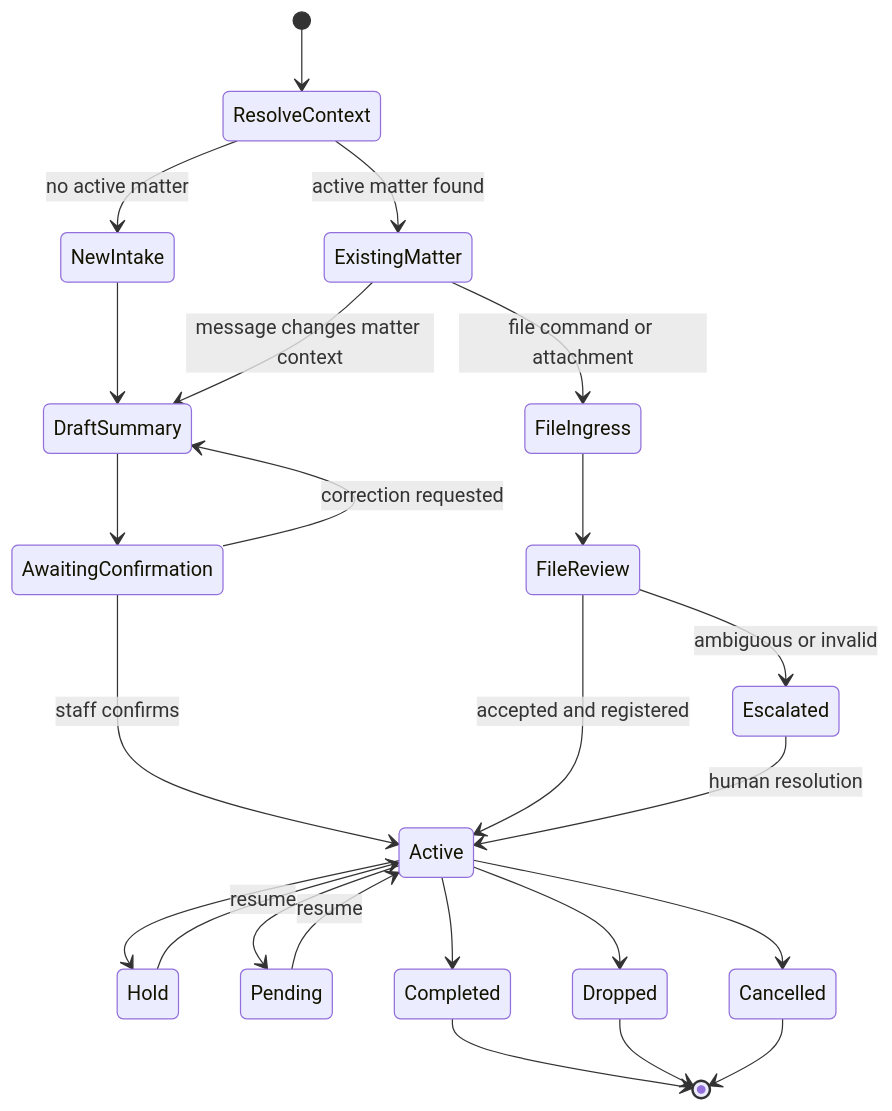
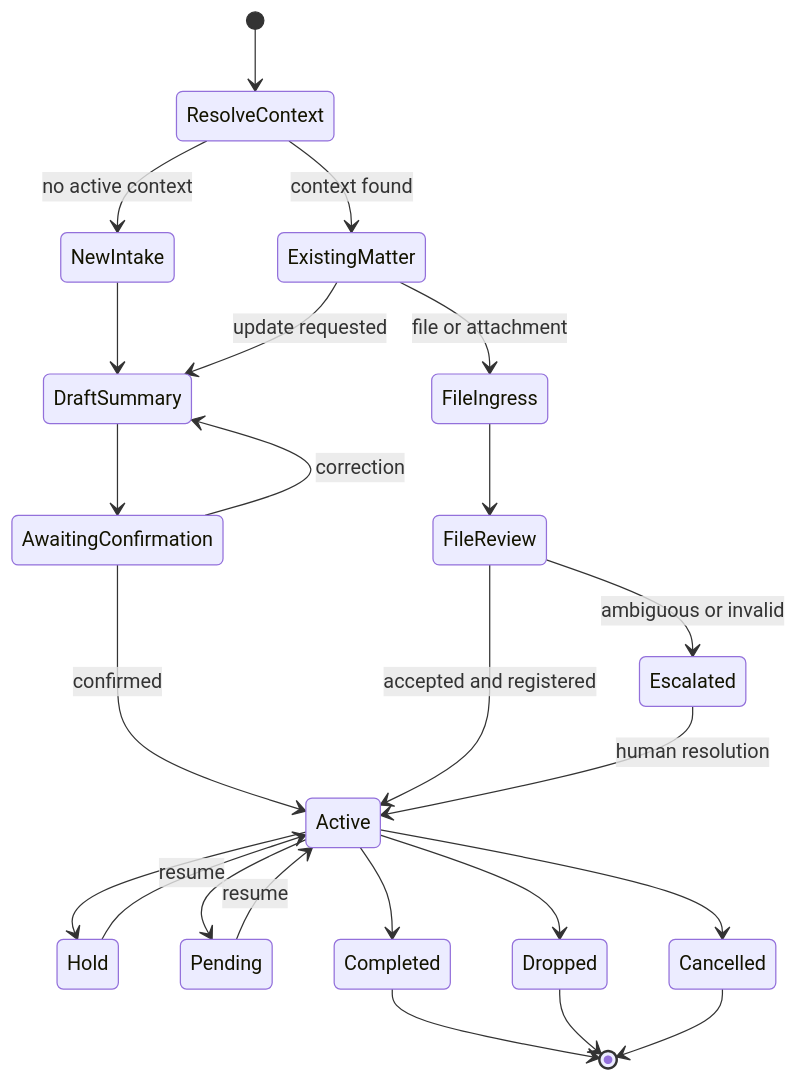
One commit to joyboy257/joyboy257 changed the diagram in showcases/amelia-bot/README.md. Above: the diagram before and after it, drawn with Mermaid. The commit also changed other lines of this file, not shown here.

````diff
--- a/showcases/amelia-bot/README.md
+++ b/showcases/amelia-bot/README.md
@@ -32,31 +88,31 @@
 ```mermaid
 stateDiagram-v2
     [*] --> ResolveContext
-    ResolveContext --> NewIntake: no active matter
-    ResolveContext --> ExistingMatter: active matter found
+    ResolveContext --> NewIntake: no active context
+    ResolveContext --> ExistingMatter: context found
 
     NewIntake --> DraftSummary
-    ExistingMatter --> DraftSummary: message changes matter context
-    ExistingMatter --> FileIngress: file command or attachment
+    ExistingMatter --> DraftSummary: update requested
+    ExistingMatter --> FileIngress: file or attachment
 
     DraftSummary --> AwaitingConfirmation
-    AwaitingConfirmation --> DraftSummary: correction requested
-    AwaitingConfirmation --> Active: staff confirms
+    AwaitingConfirmation --> DraftSummary: correction
+    AwaitingConfirmation --> Active: confirmed
 
     FileIngress --> FileReview
     FileReview --> Active: accepted and registered
     FileReview --> Escalated: ambiguous or invalid
 
     Active --> Hold
     Active --> Pending
     Hold --> Active: resume
     Pending --> Active: resume
     Active --> Dropped
     Active --> Cancelled
-
     Active --> Completed
     Escalated --> Active: human resolution
+
     Completed --> [*]
     Dropped --> [*]
     Cancelled --> [*]
 ```
````
